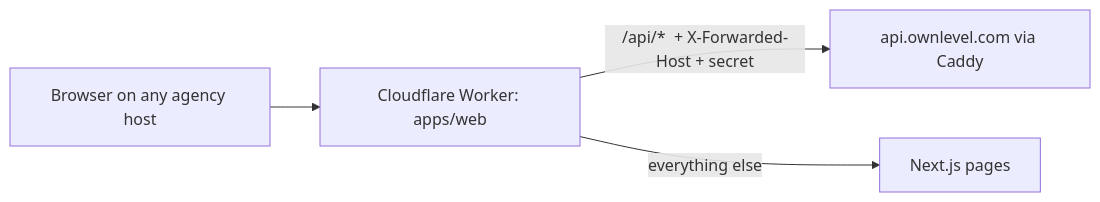
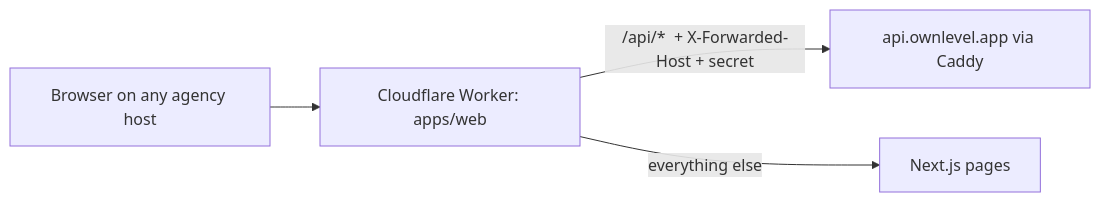
Before and after one commit to prakashn27/ownlevel-app: the first of 3 diagrams in docs/Technical/3_Deployment.md, drawn with Mermaid. The commit also changed other lines of this file and 4 other files, not shown here.

Commit message:
chore(deploy): consolidate all hosts under ownlevel.app

````diff
--- a/docs/Technical/3_Deployment.md
+++ b/docs/Technical/3_Deployment.md
@@ -44,6 +45,6 @@
 ```mermaid
 flowchart LR
   B[Browser on any agency host] --> W[Cloudflare Worker: apps/web]
-  W -->|"/api/*  + X-Forwarded-Host + secret"| API[api.ownlevel.com via Caddy]
+  W -->|"/api/*  + X-Forwarded-Host + secret"| API[api.ownlevel.app via Caddy]
   W -->|everything else| N[Next.js pages]
 ```
````
